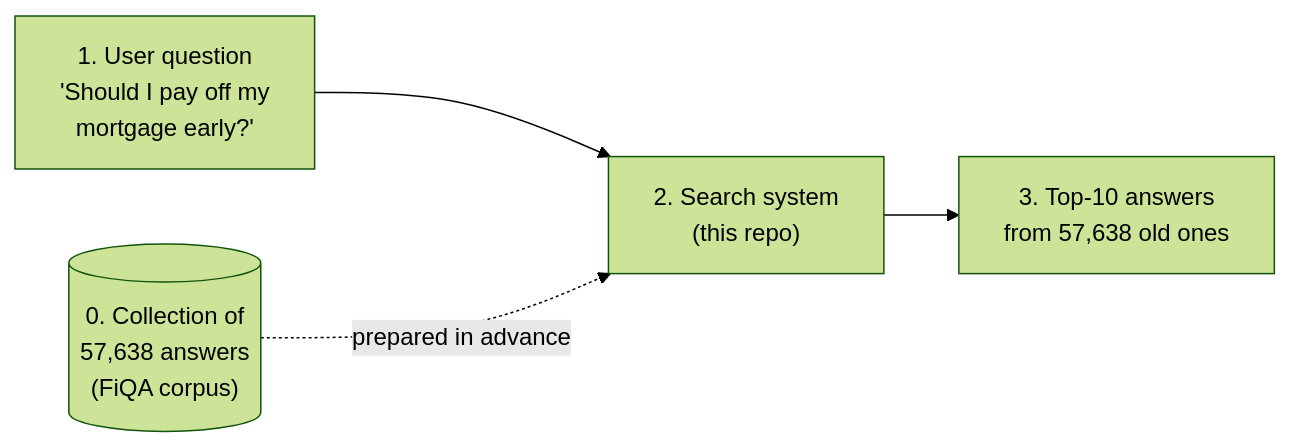
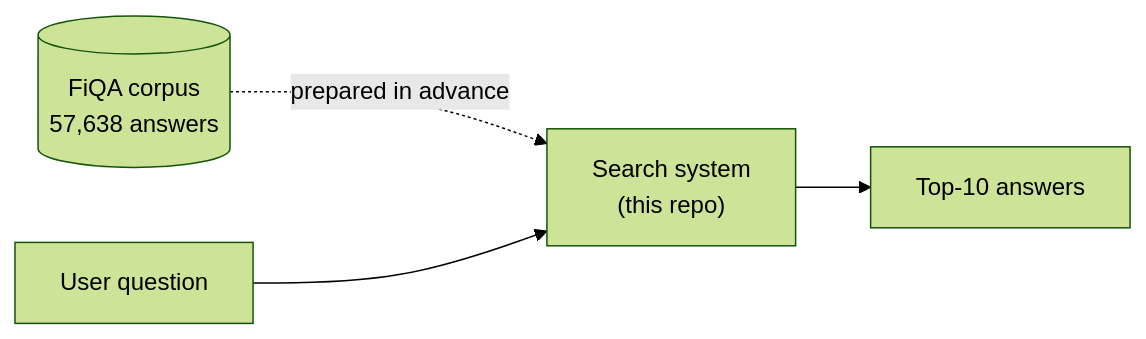
The first of 2 diagrams in docs/from_zero/README.md (node31/fiqa-agentic-retrieval), drawn with Mermaid (forest theme) before and after one commit. The commit also changed other lines of this file and 9 other files, not shown here.

````diff
--- a/docs/from_zero/README.md
+++ b/docs/from_zero/README.md
@@ -22,6 +16,6 @@
 ```mermaid
 flowchart LR
-    U["1. User question<br/>'Should I pay off my<br/>mortgage early?'"] --> S["2. Search system<br/>(this repo)"]
-    S --> R["3. Top-10 answers<br/>from 57,638 old ones"]
-    D[("0. Collection of<br/>57,638 answers<br/>(FiQA corpus)")] -.prepared in advance.-> S
+    D[("FiQA corpus<br/>57,638 answers")] -.prepared in advance.-> S["Search system<br/>(this repo)"]
+    U["User question"] --> S
+    S --> R["Top-10 answers"]
 ```
````
